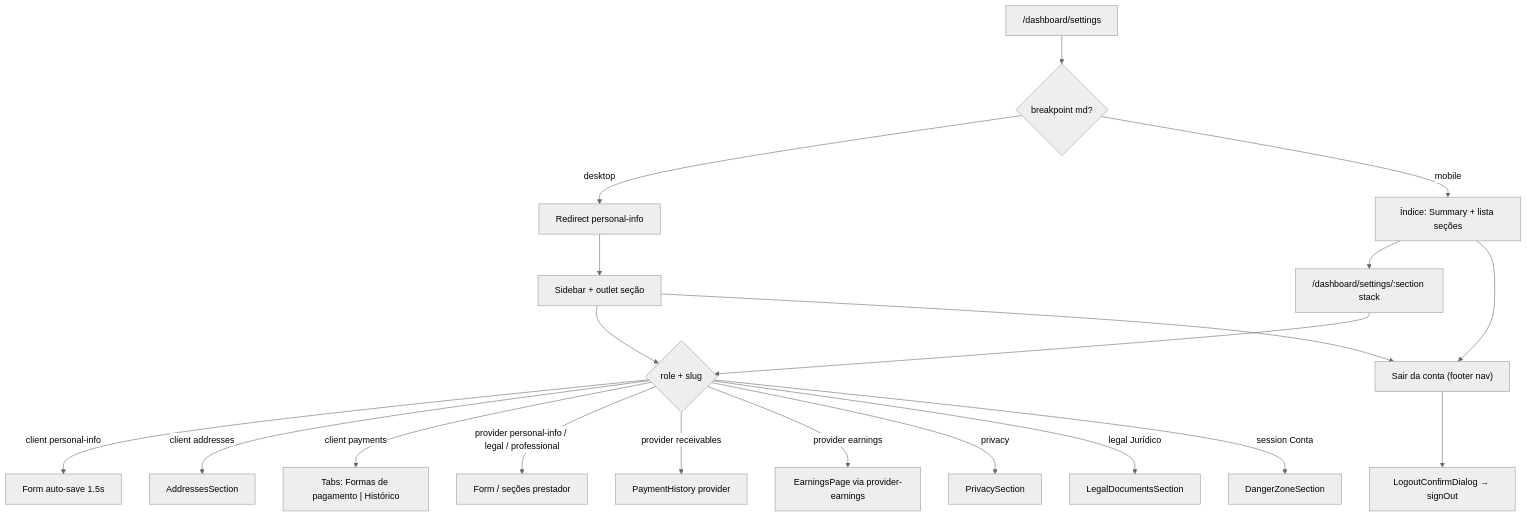
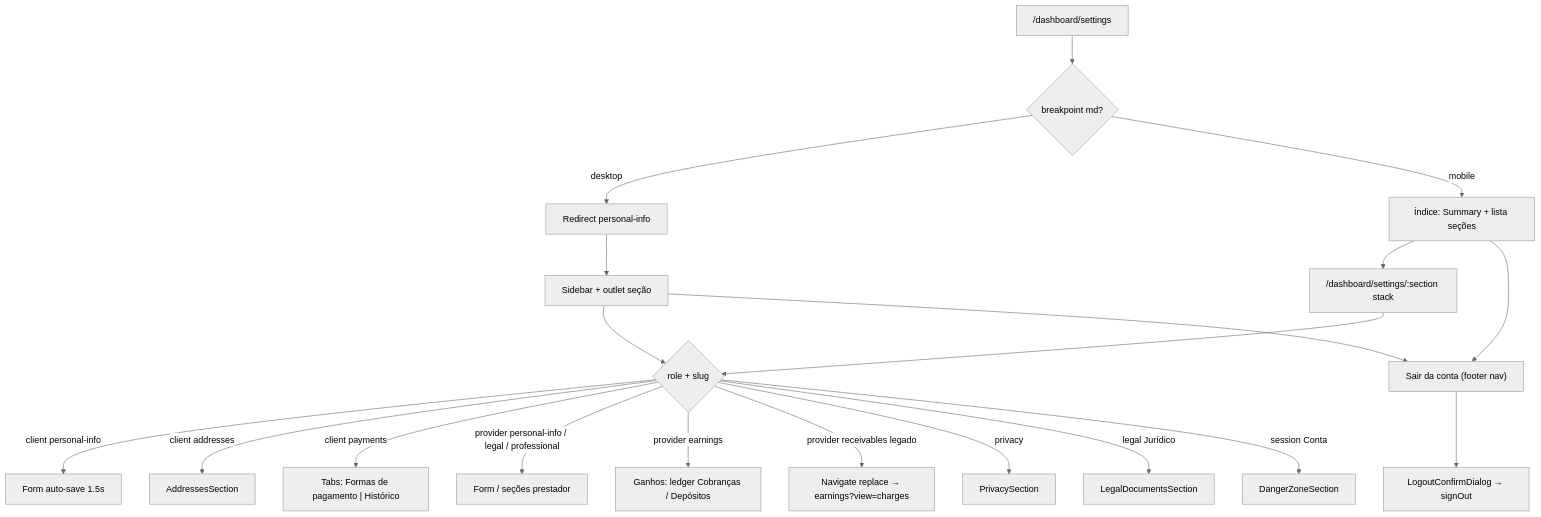
Before and after one commit to higorpo/renovi-orbit-test: the diagram in docs/business/modulos/settings/features/configuracoes.md, drawn with Mermaid (neutral theme). The commit also changed other lines of this file and 36 other files, not shown here.

````diff
--- a/docs/business/modulos/settings/features/configuracoes.md
+++ b/docs/business/modulos/settings/features/configuracoes.md
@@ -55,22 +57,22 @@
 ```mermaid
 flowchart TD
   A["/dashboard/settings"] --> B{breakpoint md?}
   B -->|desktop| C["Redirect personal-info"]
   B -->|mobile| D["Índice: Summary + lista seções"]
   D --> E["/dashboard/settings/:section stack"]
   C --> F["Sidebar + outlet seção"]
   E --> G{role + slug}
   F --> G
   G -->|client personal-info| H[Form auto-save 1.5s]
   G -->|client addresses| I[AddressesSection]
   G -->|client payments| J["Tabs: Formas de pagamento | Histórico"]
   G -->|provider personal-info / legal / professional| K[Form / seções prestador]
-  G -->|provider receivables| L[PaymentHistory provider]
-  G -->|provider earnings| M[EarningsPage via provider-earnings]
+  G -->|provider earnings| M[Ganhos: ledger Cobranças / Depósitos]
+  G -->|provider receivables legado| L["Navigate replace → earnings?view=charges"]
   G -->|privacy| N[PrivacySection]
   G -->|legal Jurídico| R[LegalDocumentsSection]
   G -->|session Conta| O[DangerZoneSection]
   D --> P["Sair da conta (footer nav)"]
   F --> P
   P --> Q["LogoutConfirmDialog → signOut"]
 ```
````
